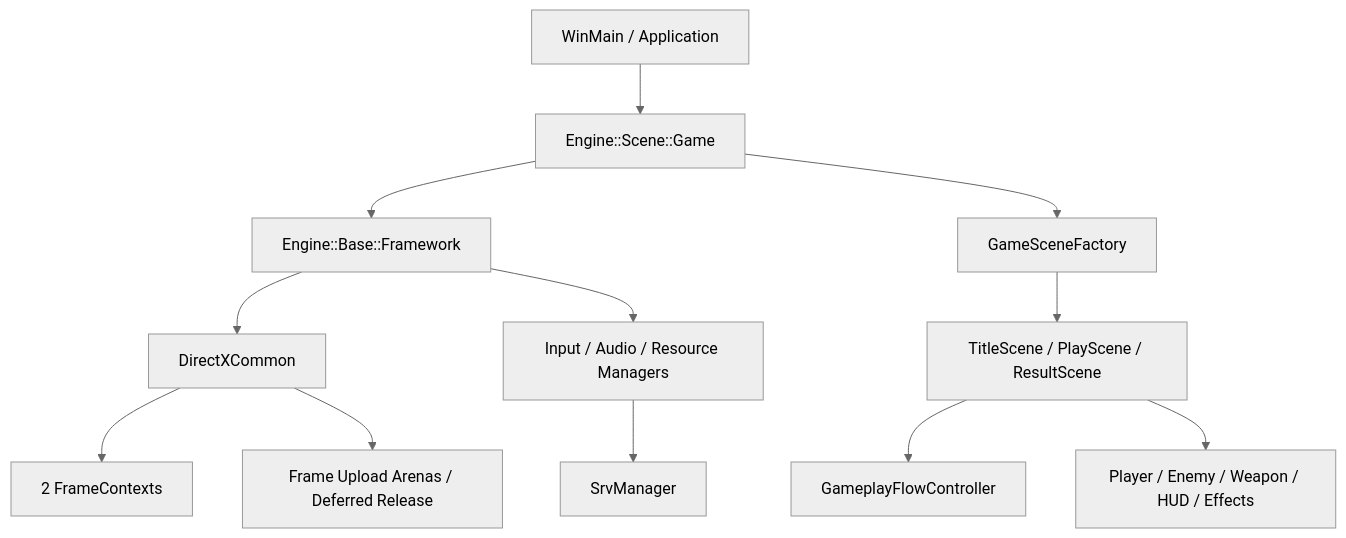
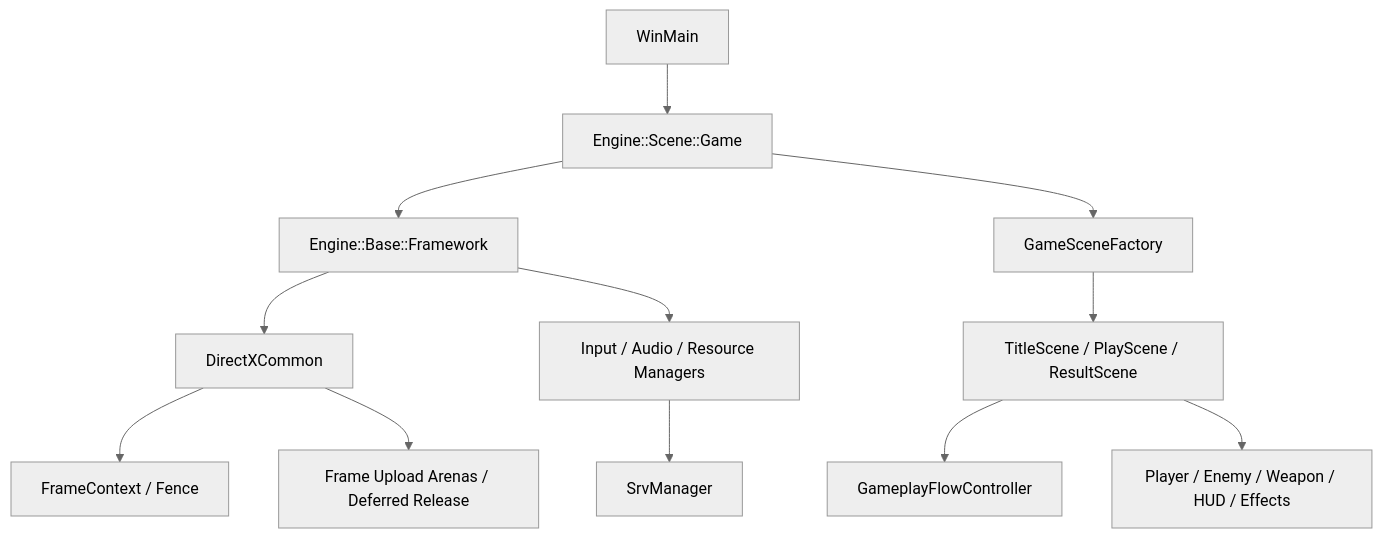
One commit to OKUBO-0/KuboEngine changed the diagram in project/README.md. Above: the diagram before and after it, drawn with Mermaid (neutral theme). The commit also changed other lines of this file and 1 other file, not shown here.

````diff
--- a/project/README.md
+++ b/project/README.md
@@ -107,17 +111,14 @@
 ```mermaid
 flowchart TD
-    App["WinMain / Application"] --> Game["Engine::Scene::Game"]
+    App["WinMain"] --> Game["Engine::Scene::Game"]
     Game --> Framework["Engine::Base::Framework"]
     Game --> Factory["GameSceneFactory"]
     Factory --> Scenes["TitleScene / PlayScene / ResultScene"]
-
     Framework --> DX["DirectXCommon"]
     Framework --> Services["Input / Audio / Resource Managers"]
-
     Scenes --> Flow["GameplayFlowController"]
     Scenes --> Gameplay["Player / Enemy / Weapon / HUD / Effects"]
-
-    DX --> Frames["2 FrameContexts"]
+    DX --> Frames["FrameContext / Fence"]
     DX --> Upload["Frame Upload Arenas / Deferred Release"]
     Services --> SRV["SrvManager"]
 ```
````
